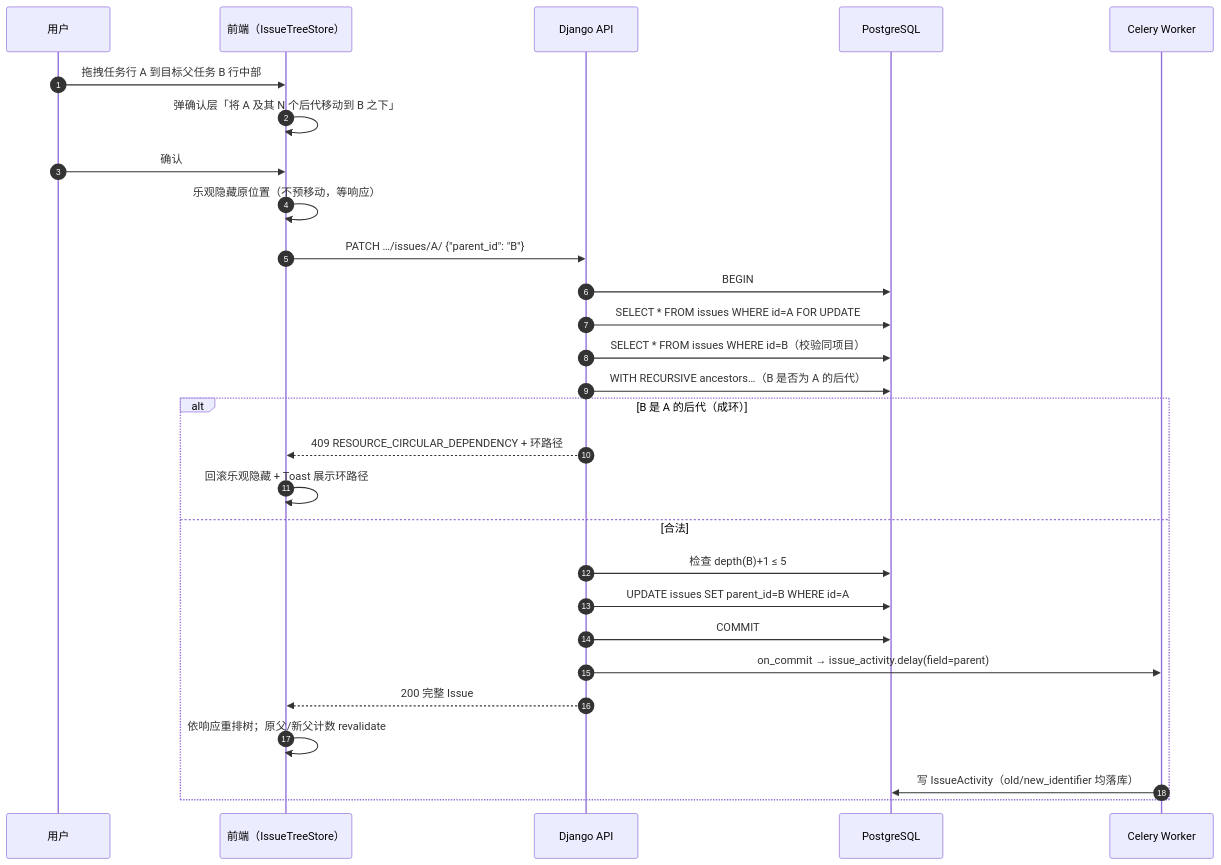
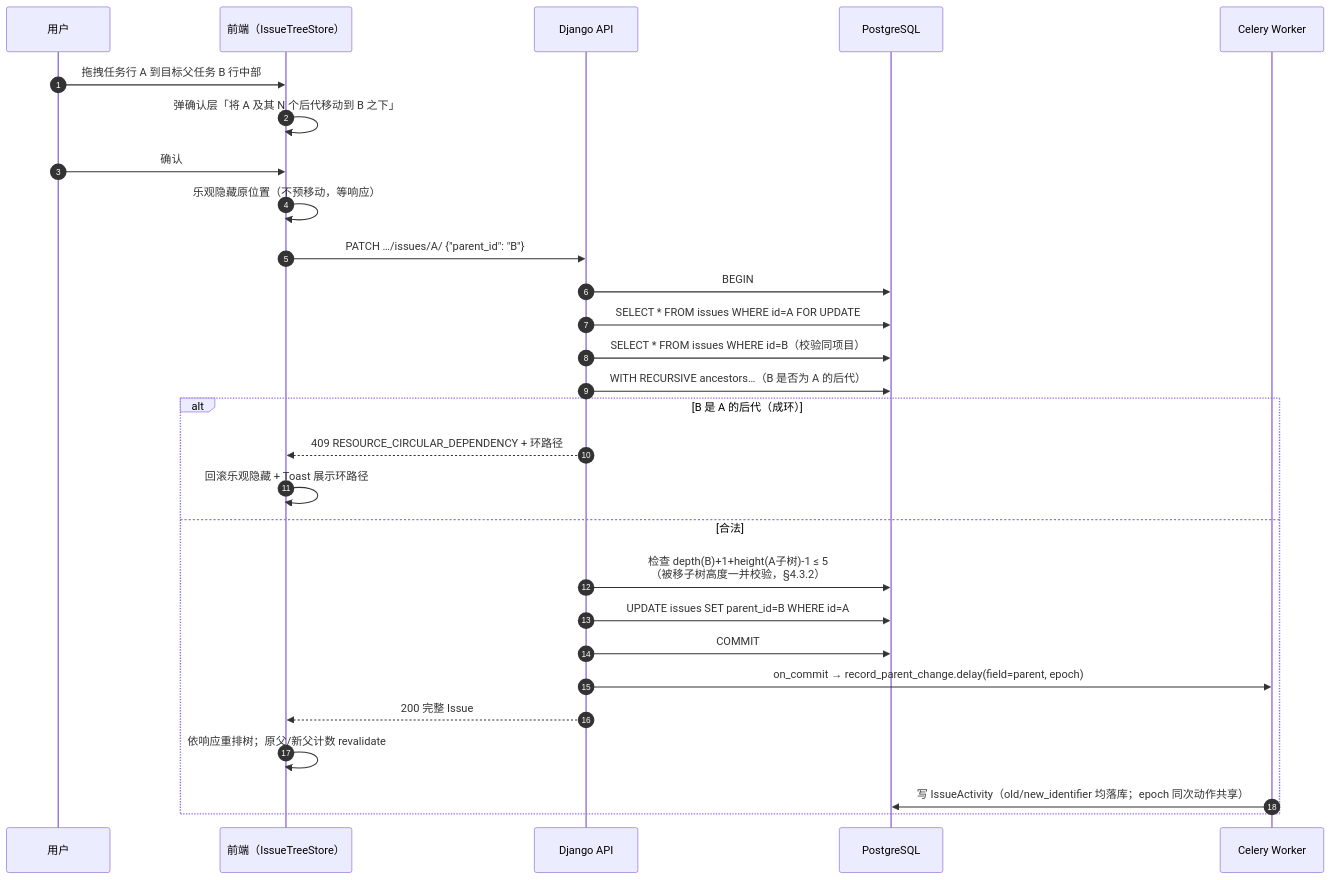
The second of 4 diagrams in docs/sprint-2-task-full/TASK-004-subtask-hierarchy.md (RabbitAI-Lab/RabbitProjects), drawn with Mermaid before and after one commit. The commit also changed other lines of this file and 6 other files, not shown here.

````diff
--- a/docs/sprint-2-task-full/TASK-004-subtask-hierarchy.md
+++ b/docs/sprint-2-task-full/TASK-004-subtask-hierarchy.md
@@ -138,31 +138,31 @@
 ```mermaid
 sequenceDiagram
     autonumber
     participant U as 用户
     participant FE as 前端（IssueTreeStore）
     participant API as Django API
     participant PG as PostgreSQL
     participant CW as Celery Worker
 
     U->>FE: 拖拽任务行 A 到目标父任务 B 行中部
     FE->>FE: 弹确认层「将 A 及其 N 个后代移动到 B 之下」
     U->>FE: 确认
     FE->>FE: 乐观隐藏原位置（不预移动，等响应）
     FE->>API: PATCH …/issues/A/  {"parent_id": "B"}
     API->>PG: BEGIN
     API->>PG: SELECT * FROM issues WHERE id=A FOR UPDATE
     API->>PG: SELECT * FROM issues WHERE id=B（校验同项目）
     API->>PG: WITH RECURSIVE ancestors…（B 是否为 A 的后代）
     alt B 是 A 的后代（成环）
         API-->>FE: 409 RESOURCE_CIRCULAR_DEPENDENCY + 环路径
         FE->>FE: 回滚乐观隐藏 + Toast 展示环路径
     else 合法
-        API->>PG: 检查 depth(B)+1 ≤ 5
+        API->>PG: 检查 depth(B)+1+height(A子树)-1 ≤ 5<br/>（被移子树高度一并校验，§4.3.2）
         API->>PG: UPDATE issues SET parent_id=B WHERE id=A
         API->>PG: COMMIT
-        API->>CW: on_commit → issue_activity.delay(field=parent)
+        API->>CW: on_commit → record_parent_change.delay(field=parent, epoch)
         API-->>FE: 200 完整 Issue
         FE->>FE: 依响应重排树；原父/新父计数 revalidate
-        CW->>PG: 写 IssueActivity（old/new_identifier 均落库）
+        CW->>PG: 写 IssueActivity（old/new_identifier 均落库；epoch 同次动作共享）
     end
 ```
````
